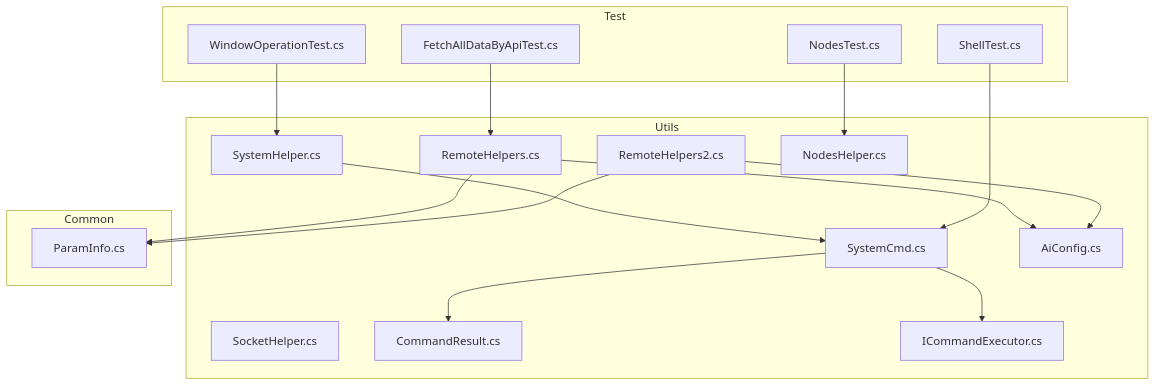
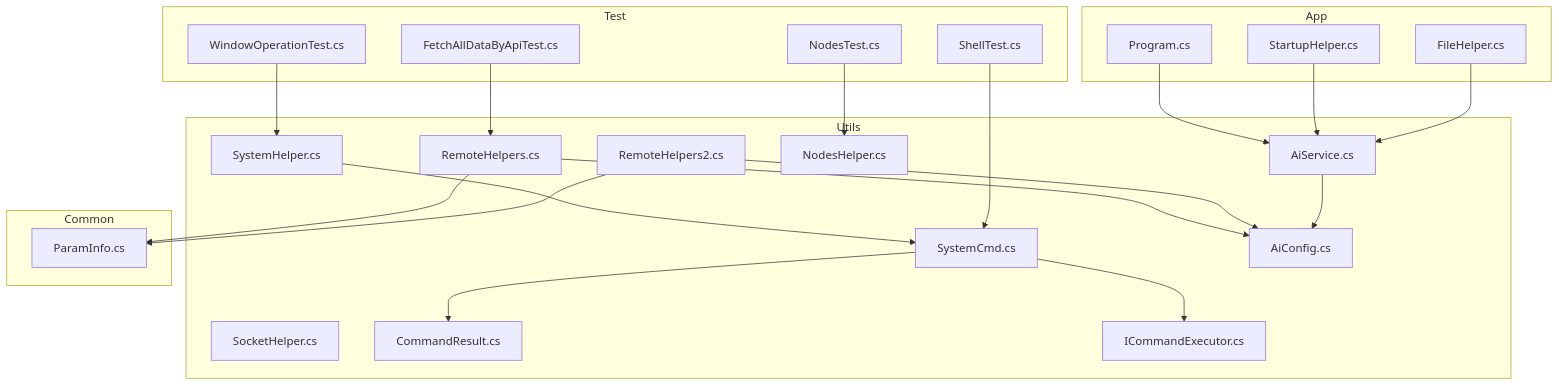
Before and after one commit to Sosososolong/AirGo: the first of 10 diagrams in .qoder/repowiki/zh/content/工具库详解/系统和网络助手.md, drawn with Mermaid. The commit also changed other lines of this file and 12 other files, not shown here.

````diff
--- a/.qoder/repowiki/zh/content/工具库详解/系统和网络助手.md
+++ b/.qoder/repowiki/zh/content/工具库详解/系统和网络助手.md
@@ -45,34 +57,44 @@
 ```mermaid
 graph TB
 subgraph "Utils"
 SH["SystemHelper.cs"]
 SK["SocketHelper.cs"]
 RH["RemoteHelpers.cs"]
 RH2["RemoteHelpers2.cs"]
 NH["NodesHelper.cs"]
 CMD["SystemCmd.cs"]
 CRE["CommandResult.cs"]
 ICE["ICommandExecutor.cs"]
 AIC["AiConfig.cs"]
+AIS["AiService.cs"]
 end
 subgraph "Common"
 PI["ParamInfo.cs"]
+end
+subgraph "App"
+PRG["Program.cs"]
+SUH["StartupHelper.cs"]
+FH["FileHelper.cs"]
 end
 subgraph "Test"
 ST["ShellTest.cs"]
 WT["WindowOperationTest.cs"]
 NT["NodesTest.cs"]
 FAT["FetchAllDataByApiTest.cs"]
 end
 SH --> CMD
 CMD --> CRE
 CMD --> ICE
 RH --> AIC
 RH2 --> AIC
+AIS --> AIC
 RH --> PI
 RH2 --> PI
+PRG --> AIS
+SUH --> AIS
+FH --> AIS
 ST --> CMD
 WT --> SH
 NT --> NH
 FAT --> RH
 ```
````
